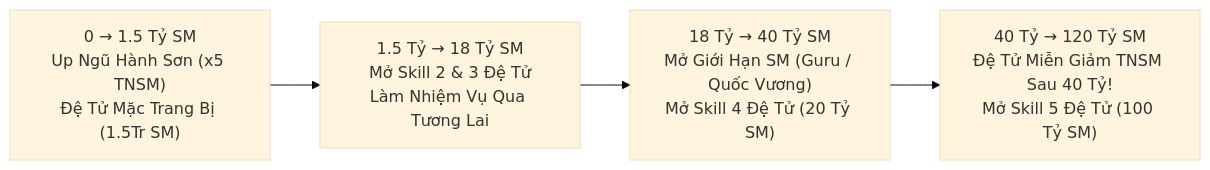
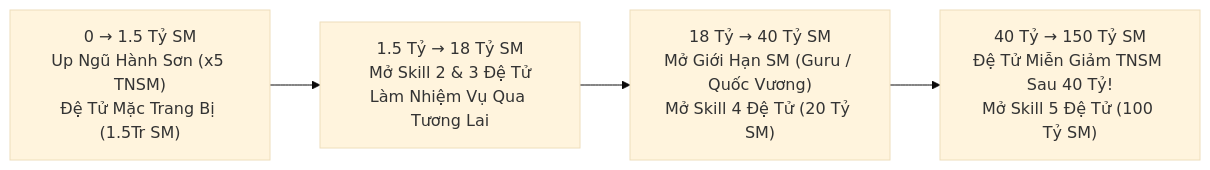
Before and after one commit to VIAM-Ngoc-rong/NRO: the third of 3 diagrams in README.md, drawn with Mermaid (base theme). The commit also changed other lines of this file and 22 other files, not shown here.

````diff
--- a/README.md
+++ b/README.md
@@ -461,6 +461,6 @@
 ```mermaid
 flowchart LR
     M1["0 → 1.5 Tỷ SM\nUp Ngũ Hành Sơn (x5 TNSM)\nĐệ Tử Mặc Trang Bị (1.5Tr SM)"] --> M2["1.5 Tỷ → 18 Tỷ SM\nMở Skill 2 & 3 Đệ Tử\nLàm Nhiệm Vụ Qua Tương Lai"]
     M2 --> M3["18 Tỷ → 40 Tỷ SM\nMở Giới Hạn SM (Guru / Quốc Vương)\nMở Skill 4 Đệ Tử (20 Tỷ SM)"]
-    M3 --> M4["40 Tỷ → 120 Tỷ SM\nĐệ Tử Miễn Giảm TNSM Sau 40 Tỷ!\nMở Skill 5 Đệ Tử (100 Tỷ SM)"]
+    M3 --> M4["40 Tỷ → 150 Tỷ SM\nĐệ Tử Miễn Giảm TNSM Sau 40 Tỷ!\nMở Skill 5 Đệ Tử (100 Tỷ SM)"]
 ```
````
